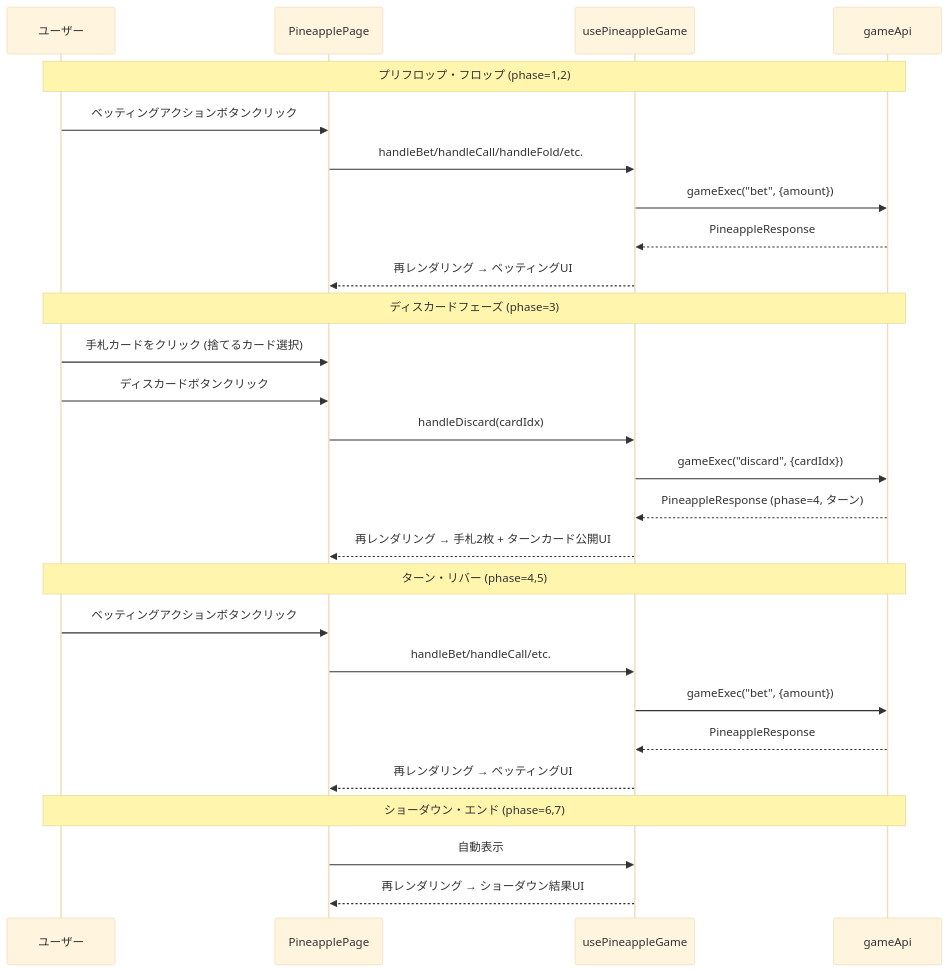
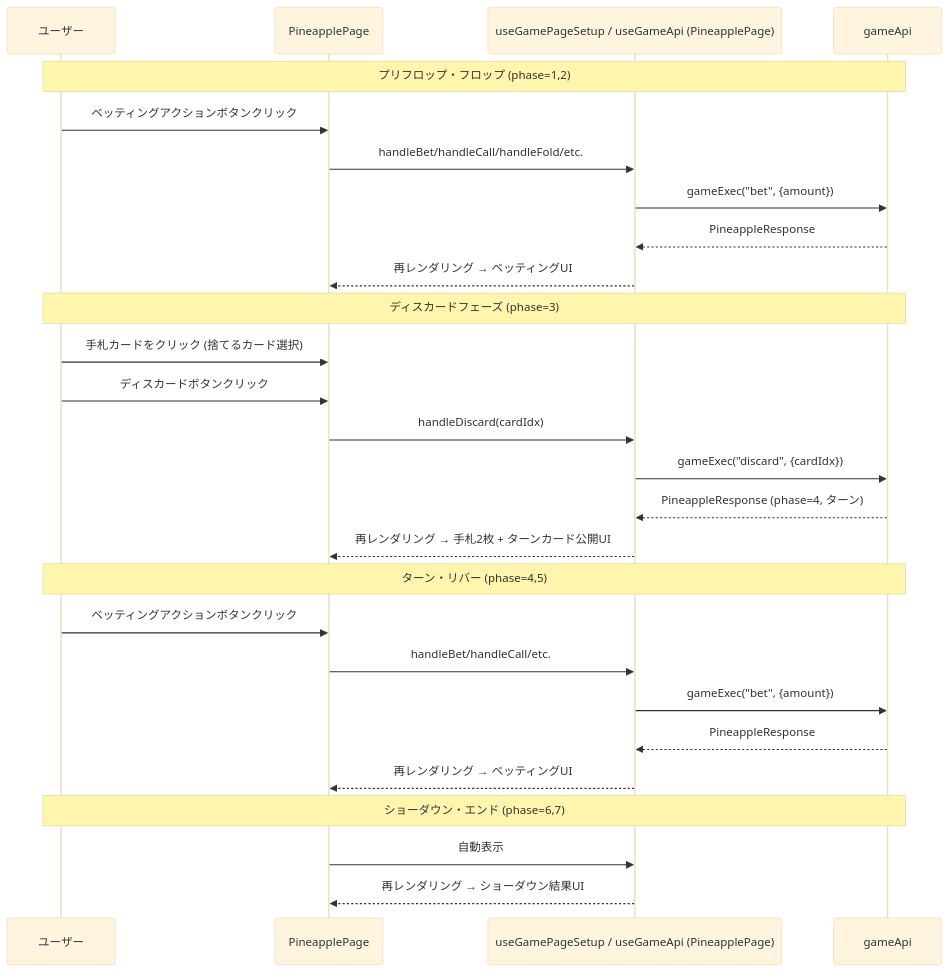
Before and after one commit to yuta-yoshinaga/go_trumpcards: diagram 18 of 49 in docs/design/frontend.md, drawn with Mermaid (base theme). The commit also changed other lines of this file and 11 other files, not shown here.

````diff
--- a/docs/design/frontend.md
+++ b/docs/design/frontend.md
@@ -2329,33 +2334,33 @@
 ```mermaid
 sequenceDiagram
     participant User as ユーザー
     participant Page as PineapplePage
-    participant Hook as usePineappleGame
+    participant Hook as useGamePageSetup / useGameApi (PineapplePage)
     participant API as gameApi
 
     Note over User,API: プリフロップ・フロップ (phase=1,2)
     User->>Page: ベッティングアクションボタンクリック
     Page->>Hook: handleBet/handleCall/handleFold/etc.
     Hook->>API: gameExec("bet", {amount})
     API-->>Hook: PineappleResponse
     Hook-->>Page: 再レンダリング → ベッティングUI
 
     Note over User,API: ディスカードフェーズ (phase=3)
     User->>Page: 手札カードをクリック (捨てるカード選択)
     User->>Page: ディスカードボタンクリック
     Page->>Hook: handleDiscard(cardIdx)
     Hook->>API: gameExec("discard", {cardIdx})
     API-->>Hook: PineappleResponse (phase=4, ターン)
     Hook-->>Page: 再レンダリング → 手札2枚 + ターンカード公開UI
 
     Note over User,API: ターン・リバー (phase=4,5)
     User->>Page: ベッティングアクションボタンクリック
     Page->>Hook: handleBet/handleCall/etc.
     Hook->>API: gameExec("bet", {amount})
     API-->>Hook: PineappleResponse
     Hook-->>Page: 再レンダリング → ベッティングUI
 
     Note over User,API: ショーダウン・エンド (phase=6,7)
     Page->>Hook: 自動表示
     Hook-->>Page: 再レンダリング → ショーダウン結果UI
 ```
````
